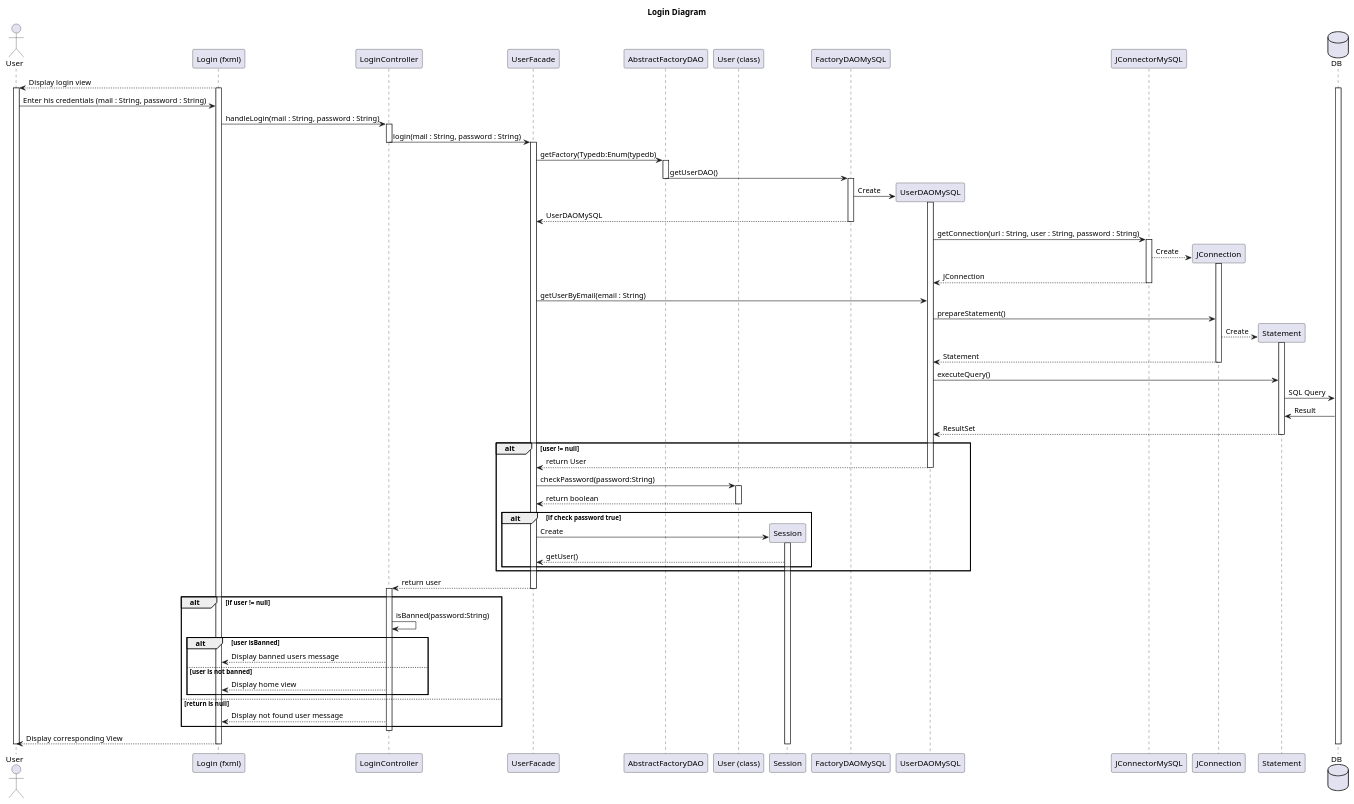
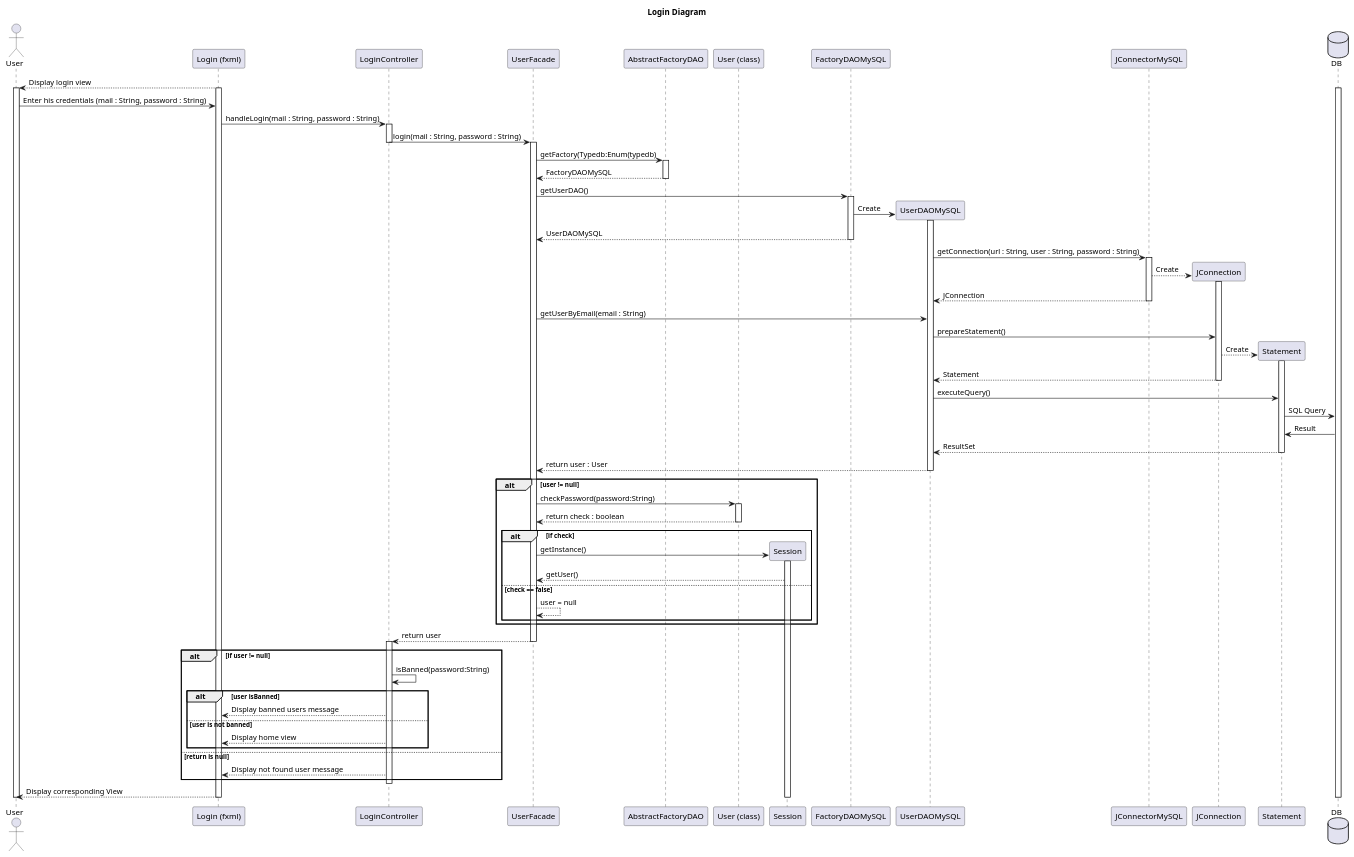
Before and after one commit to LaunoisRemy/ToolShare: the diagram in documents/diagram/login/loginSequence.puml, drawn with PlantUML.

Commit message:
Update : sequence

```diff
--- a/documents/diagram/login/loginSequence.puml
+++ b/documents/diagram/login/loginSequence.puml
@@ -1,141 +1,146 @@
 @startuml
 title Login Diagram
 
 actor User
 participant "Login (fxml)"
 participant LoginController
 participant UserFacade
 participant AbstractFactoryDAO
 participant "User (class)"
 participant Session
 participant FactoryDAOMySQL
 participant UserDAOMySQL
 participant JConnectorMySQL
 participant JConnection
 participant Statement
 database DB
 
 
 "Login (fxml)"-->User: Display login view
 
 activate "Login (fxml)"
 activate User
 activate DB
 
 
 User->"Login (fxml)":Enter his credentials (mail : String, password : String)
 
 "Login (fxml)"->LoginController: handleLogin(mail : String, password : String)
 
 activate LoginController
 
 LoginController->UserFacade:login(mail : String, password : String)
 
 deactivate LoginController
 
 activate UserFacade
 
 UserFacade->AbstractFactoryDAO:getFactory(Typedb:Enum(typedb)
 
 activate AbstractFactoryDAO
 
-AbstractFactoryDAO->FactoryDAOMySQL:getUserDAO()
+AbstractFactoryDAO--> UserFacade : FactoryDAOMySQL
+deactivate AbstractFactoryDAO
 
-deactivate AbstractFactoryDAO
+UserFacade -> FactoryDAOMySQL:getUserDAO()
+
 activate FactoryDAOMySQL
 
 FactoryDAOMySQL->UserDAOMySQL **:Create
 
 activate UserDAOMySQL
 
 FactoryDAOMySQL-->UserFacade:UserDAOMySQL
 
 deactivate FactoryDAOMySQL
 
 UserDAOMySQL->JConnectorMySQL: getConnection(url : String, user : String, password : String)
 
 activate JConnectorMySQL
 
 JConnectorMySQL--> JConnection **: Create
 
 activate JConnection
 
 JConnectorMySQL-->UserDAOMySQL: JConnection
 
 deactivate JConnectorMySQL
 
 UserFacade->UserDAOMySQL: getUserByEmail(email : String)
 
 UserDAOMySQL->JConnection: prepareStatement()
 
 JConnection-->Statement **: Create
 
 activate Statement
 
 JConnection-->UserDAOMySQL: Statement
 
 deactivate JConnection
 
 UserDAOMySQL->Statement:executeQuery()
 
 Statement->DB: SQL Query
 
 DB->Statement:Result
 
 Statement-->UserDAOMySQL: ResultSet
 
 deactivate Statement
 
+UserDAOMySQL-->UserFacade: return user : User
 alt user != null
 
-    UserDAOMySQL-->UserFacade: return User
     deactivate UserDAOMySQL
     UserFacade->"User (class)": checkPassword(password:String)
     activate "User (class)"
-    "User (class)"-->UserFacade: return boolean
+    "User (class)"-->UserFacade: return check : boolean
     deactivate "User (class)"
 
-    alt if check password true
-        UserFacade->Session **: Create
+    alt if check
+        UserFacade->Session **: getInstance()
 
         activate Session
 
         Session-->UserFacade:getUser()
+
+    else check == false
+        UserFacade-->UserFacade: user = null
     end
 
 end
 
 UserFacade-->LoginController: return user
 
 deactivate UserFacade
 
 activate LoginController
 
 alt if user != null
 
 LoginController->LoginController:isBanned(password:String)
 
     alt user isBanned
 
         LoginController-->"Login (fxml)": Display banned users message
 
     else user is not banned
 
         LoginController-->"Login (fxml)": Display home view
     end
 
 else return is null
 
     LoginController-->"Login (fxml)": Display not found user message
 
 end
 
 deactivate LoginController
 
 "Login (fxml)"-->User: Display corresponding View
 deactivate "Login (fxml)"
 deactivate DB
 deactivate Session
 deactivate User
 
 @enduml
```
